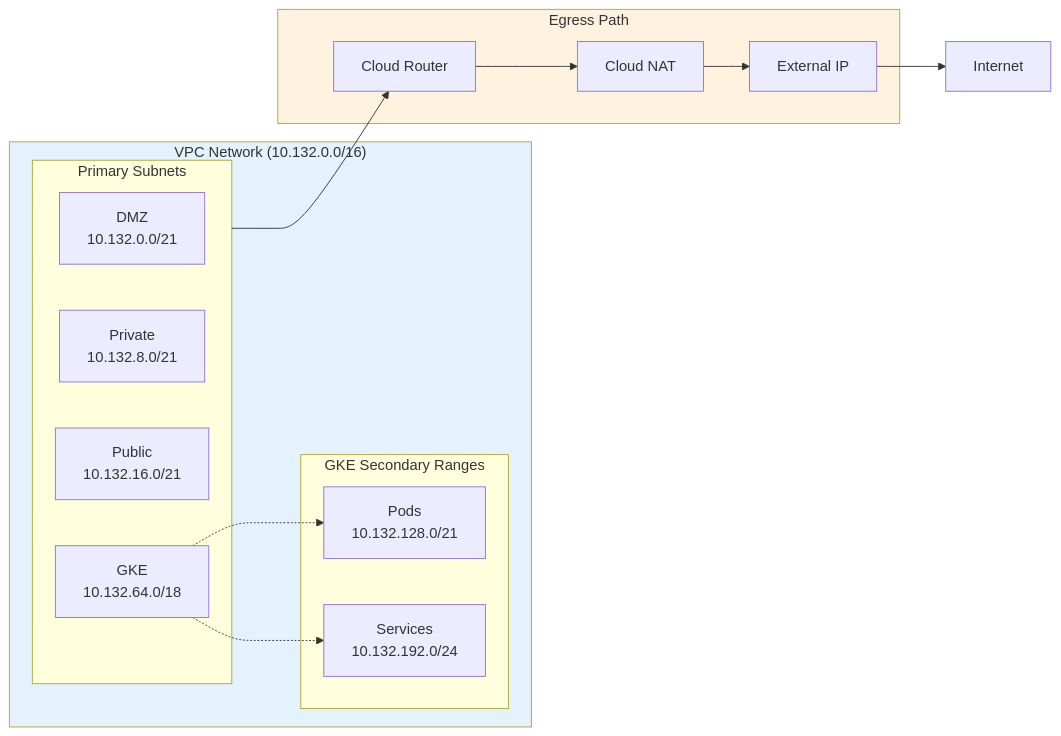
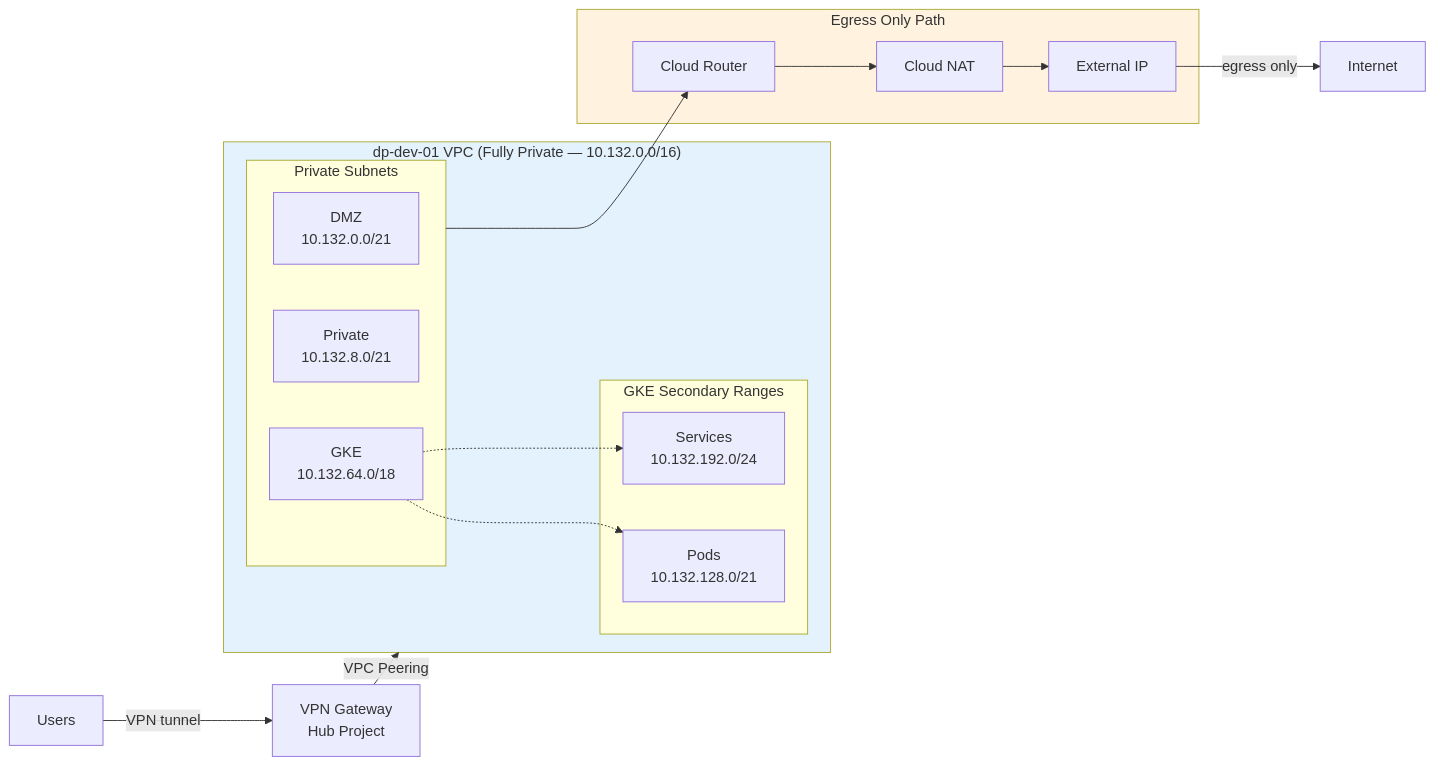
The second of 7 diagrams in docs/ARCHITECTURE_DIAGRAM.md (spolspol/terragrunt-gcp-org-automation), drawn with Mermaid before and after one commit. The commit also changed other lines of this file and 3 other files, not shown here.

First line of the commit message:
Secures dev environment with private VPC

````diff
--- a/docs/ARCHITECTURE_DIAGRAM.md
+++ b/docs/ARCHITECTURE_DIAGRAM.md
@@ -149,32 +163,34 @@
 ```mermaid
 flowchart LR
-    subgraph VPCDetail["VPC Network (10.132.0.0/16)"]
-        subgraph PrimaryNets["Primary Subnets"]
+    U[Users] -->|"VPN tunnel"| VPN[VPN Gateway<br/>Hub Project]
+    VPN -->|"VPC Peering"| VPCDetail
+
+    subgraph VPCDetail["dp-dev-01 VPC (Fully Private — 10.132.0.0/16)"]
+        subgraph PrimaryNets["Private Subnets"]
             D[DMZ<br/>10.132.0.0/21]
             P[Private<br/>10.132.8.0/21]
-            PU[Public<br/>10.132.16.0/21]
             G[GKE<br/>10.132.64.0/18]
         end
-        
+
         subgraph SecondaryNets["GKE Secondary Ranges"]
             POD[Pods<br/>10.132.128.0/21]
             SVC[Services<br/>10.132.192.0/24]
         end
-        
+
         G -.-> POD
         G -.-> SVC
     end
-    
-    subgraph EgressPath["Egress Path"]
+
+    subgraph EgressPath["Egress Only Path"]
         CR[Cloud Router]
         CN[Cloud NAT]
         EIP[External IP]
         CR --> CN --> EIP
     end
-    
+
     PrimaryNets --> CR
-    EIP --> I[Internet]
-    
+    EIP -->|"egress only"| I[Internet]
+
     style VPCDetail fill:#e3f2fd
     style EgressPath fill:#fff3e0
 ```
````
